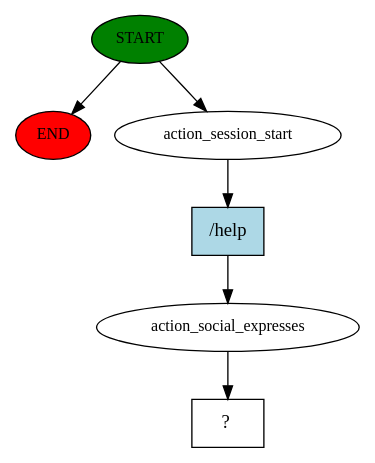
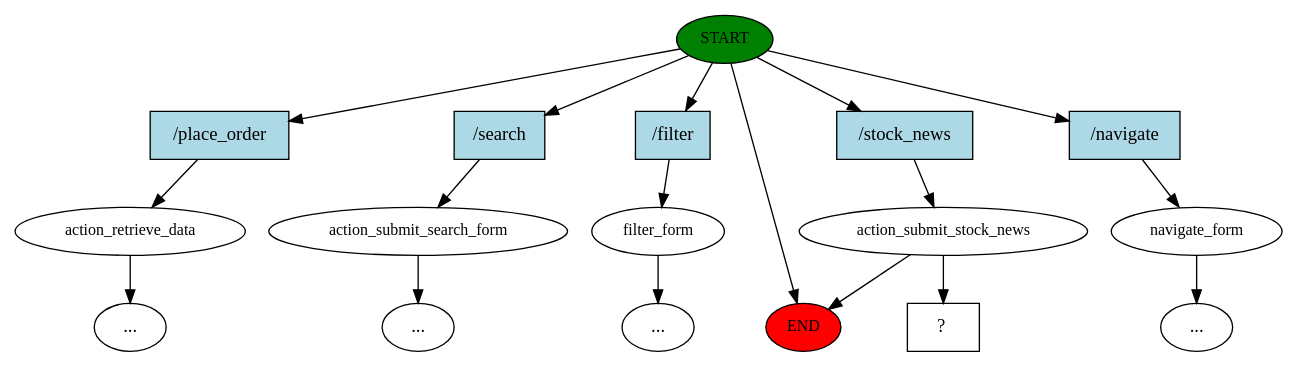
One commit to medAzizBennour/rasa_borhen changed the diagram in story_graph.dot. Above: the diagram before and after it, drawn with Graphviz. The commit also changed 90 other files, not shown here.

```diff
--- a/story_graph.dot
+++ b/story_graph.dot
@@ -1,13 +1,36 @@
 digraph  {
 0 [class="start active", fillcolor=green, fontsize=12, label=START, style=filled];
 "-1" [class=end, fillcolor=red, fontsize=12, label=END, style=filled];
-1 [class=active, fontsize=12, label=action_session_start];
-2 [class=active, fontsize=12, label=action_social_expresses];
-3 [class="intent dashed active", label="  ?  ", shape=rect];
-4 [class="intent active", fillcolor=lightblue, label="/help", shape=rect, style=filled];
+1 [class="", fontsize=12, label=action_retrieve_data];
+"-4" [class=ellipsis, label="..."];
+3 [class="", fontsize=12, label=action_submit_search_form];
+"-5" [class=ellipsis, label="..."];
+4 [class="", fontsize=12, label=filter_form];
+"-6" [class=ellipsis, label="..."];
+5 [class="", fontsize=12, label=navigate_form];
+"-7" [class=ellipsis, label="..."];
+6 [class=active, fontsize=12, label=action_submit_stock_news];
+8 [class="intent dashed active", label="  ?  ", shape=rect];
+9 [class=intent, fillcolor=lightblue, label="/place_order", shape=rect, style=filled];
+10 [class=intent, fillcolor=lightblue, label="/search", shape=rect, style=filled];
+11 [class=intent, fillcolor=lightblue, label="/filter", shape=rect, style=filled];
+12 [class=intent, fillcolor=lightblue, label="/navigate", shape=rect, style=filled];
+13 [class="intent active", fillcolor=lightblue, label="/stock_news", shape=rect, style=filled];
 0 -> "-1"  [class="", key=NONE, label=""];
-0 -> 1  [class=active, key=NONE, label=""];
-1 -> 4  [class=active, key=0];
-2 -> 3  [class=active, key=NONE, label=""];
-4 -> 2  [class=active, key=0];
+0 -> 9  [class="", key=0];
+0 -> 10  [class="", key=0];
+0 -> 11  [class="", key=0];
+0 -> 12  [class="", key=0];
+0 -> 13  [class=active, key=0];
+1 -> "-4"  [class="", key=NONE, label=""];
+3 -> "-5"  [class="", key=NONE, label=""];
+4 -> "-6"  [class="", key=NONE, label=""];
+5 -> "-7"  [class="", key=NONE, label=""];
+6 -> "-1"  [class="", key=NONE, label=""];
+6 -> 8  [class=active, key=NONE, label=""];
+9 -> 1  [class="", key=0];
+10 -> 3  [class="", key=0];
+11 -> 4  [class="", key=0];
+12 -> 5  [class="", key=0];
+13 -> 6  [class=active, key=0];
 }
```
